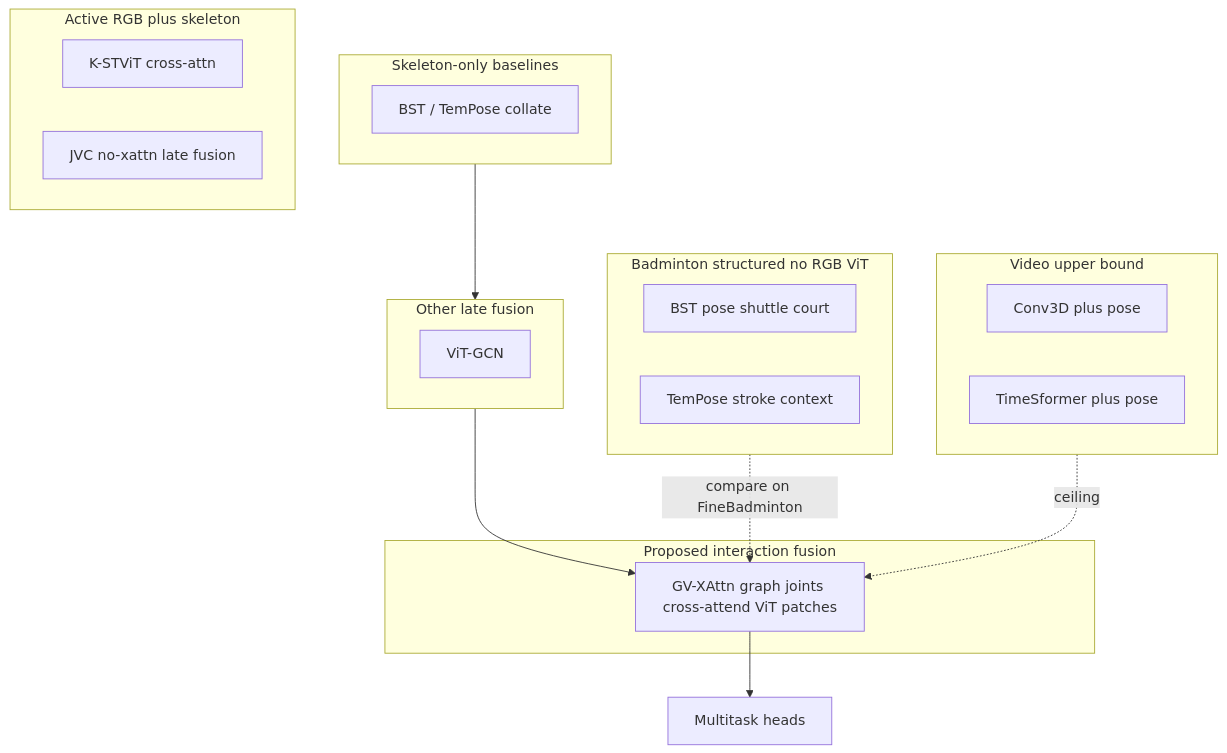
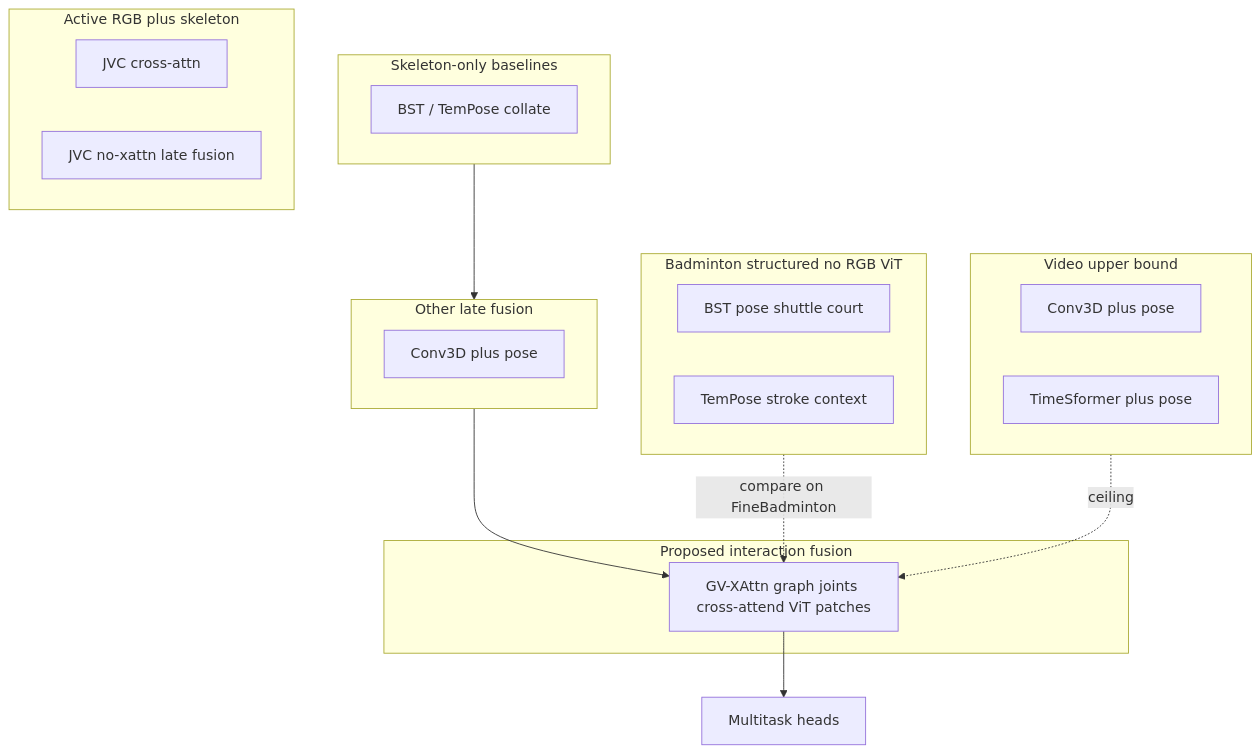
The first of 2 diagrams in docs/plan.md (Navneethd8/BadCoach), drawn with Mermaid before and after one commit. The commit also changed other lines of this file and 23 other files, not shown here.

First line of the commit message:
Rename K-STViT to JVC across training, registry, and inference.

````diff
--- a/docs/plan.md
+++ b/docs/plan.md
@@ -40,35 +40,35 @@
 ```mermaid
 flowchart TB
   subgraph poseOnly [Skeleton-only baselines]
     BSTpose[BST / TemPose collate]
   end
 
   subgraph active [Active RGB plus skeleton]
-    KSTViT[K-STViT cross-attn]
-    JVC[JVC no-xattn late fusion]
+    JVCmain[JVC cross-attn]
+    JVCabl[JVC no-xattn late fusion]
   end
 
   subgraph lateFusion [Other late fusion]
-    ViTGCN[ViT-GCN]
+    Conv3Dpose[Conv3D plus pose]
   end
 
   subgraph proposed [Proposed interaction fusion]
     GVX[GV-XAttn graph joints cross-attend ViT patches]
   end
 
   subgraph structured [Badminton structured no RGB ViT]
     BST[BST pose shuttle court]
     TemPose[TemPose stroke context]
   end
 
   subgraph video [Video upper bound]
     Conv3D[Conv3D plus pose]
     TS[TimeSformer plus pose]
   end
 
   poseOnly --> lateFusion
   lateFusion --> GVX
   structured -.->|compare on FineBadminton| GVX
   video -.->|ceiling| GVX
   GVX --> Heads[Multitask heads]
 ```
````
